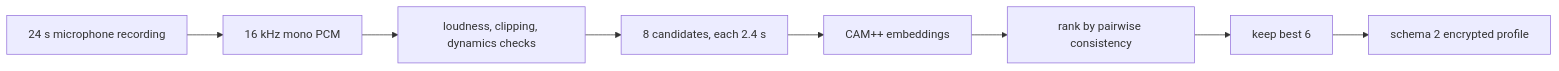
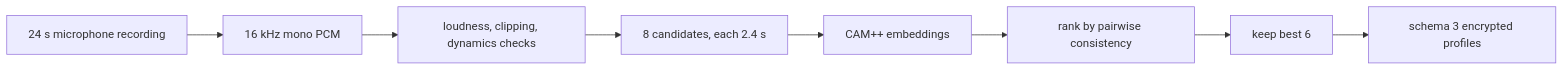
Before and after one commit to bwai0640-arch/red-watch-recite: the second of 3 diagrams in docs/ARCHITECTURE.md, drawn with Mermaid. The commit also changed other lines of this file and 25 other files, not shown here.

````diff
--- a/docs/ARCHITECTURE.md
+++ b/docs/ARCHITECTURE.md
@@ -33,10 +34,10 @@
 ```mermaid
 flowchart LR
     Mic["24 s microphone recording"] --> PCM["16 kHz mono PCM"]
     PCM --> Dynamic["loudness, clipping, dynamics checks"]
     Dynamic --> Windows["8 candidates, each 2.4 s"]
     Windows --> Embed["CAM++ embeddings"]
     Embed --> Rank["rank by pairwise consistency"]
     Rank --> Keep["keep best 6"]
-    Keep --> Encrypt["schema 2 encrypted profile"]
+    Keep --> Encrypt["schema 3 encrypted profiles"]
 ```
````
